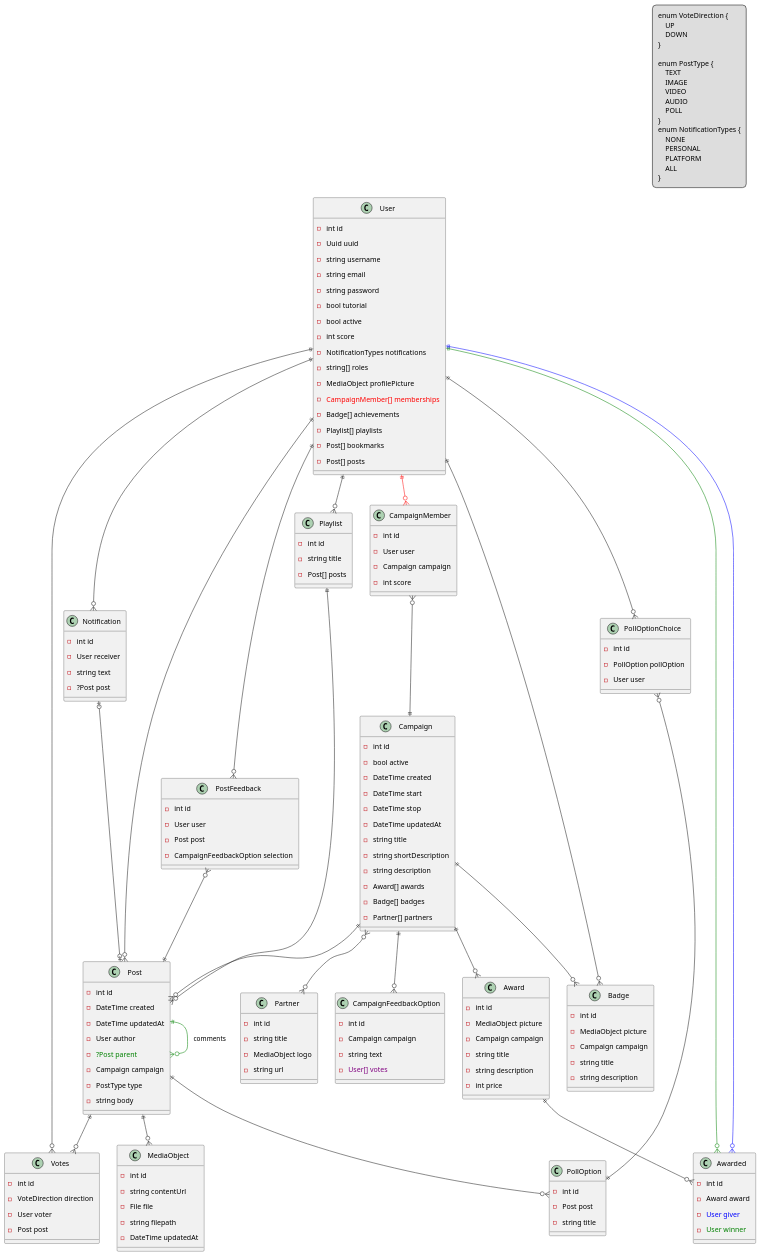
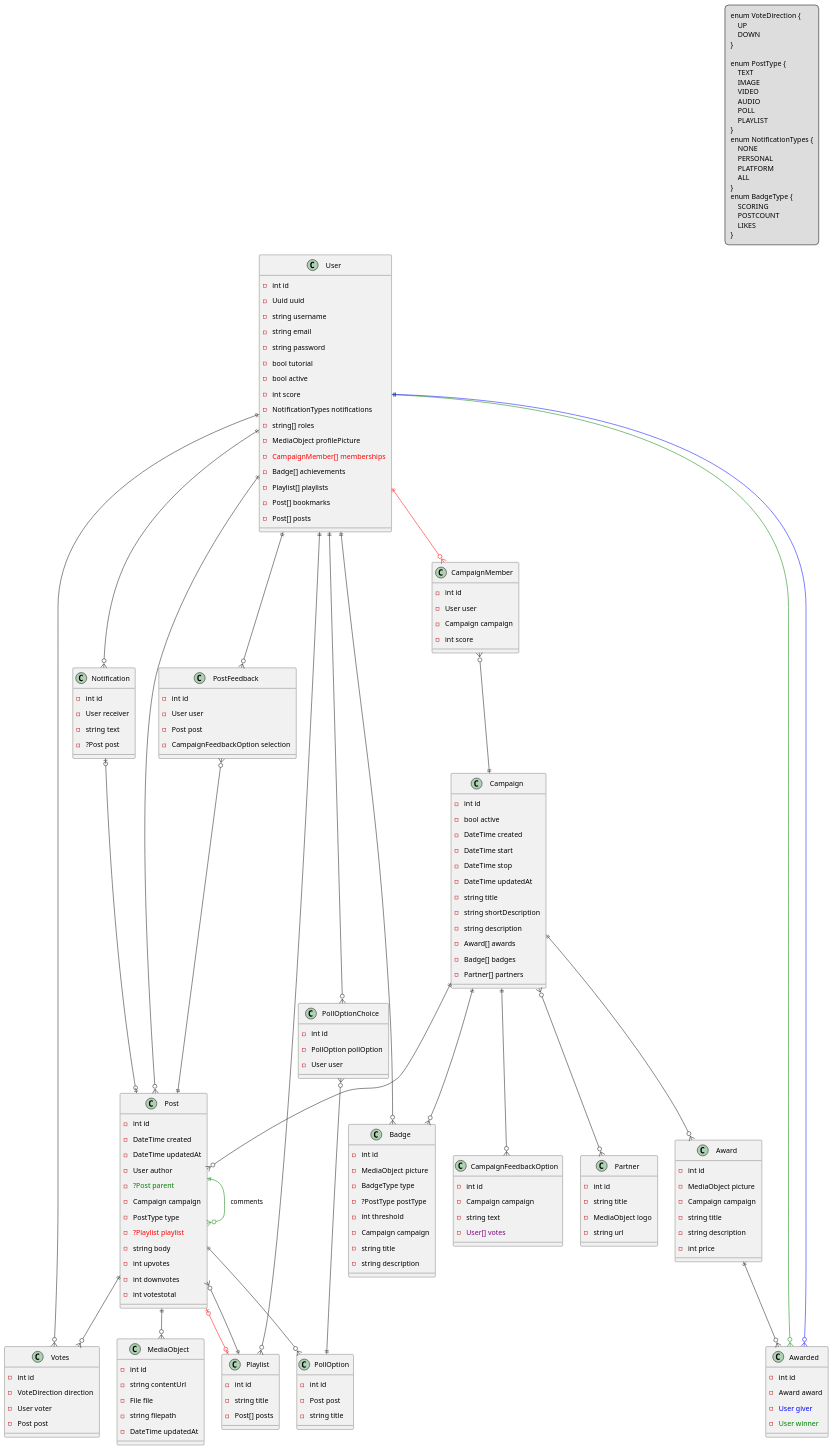
One commit to museum4punkt0/creative-museum changed the diagram in resources/diagrams/ER-Model.puml. Above: the diagram before and after it, drawn with PlantUML.

Commit message:
[TASK] Update ER Diagram

```diff
--- a/resources/diagrams/ER-Model.puml
+++ b/resources/diagrams/ER-Model.puml
@@ -17,7 +17,11 @@
     - <color:#green>?Post parent
     - Campaign campaign 
     - PostType type
+    - <color:#red>?Playlist playlist
     - string body
+    - int upvotes
+    - int downvotes
+    - int votestotal
 }
 
 class Notification {
@@ -92,6 +96,9 @@
 class Badge {
     - int id
     - MediaObject picture
+    - BadgeType type
+    - ?PostType postType
+    - int threshold
     - Campaign campaign
     - string title
     - string description
@@ -151,12 +158,18 @@
     VIDEO
     AUDIO
     POLL
+    PLAYLIST
 }
 enum NotificationTypes {
     NONE
     PERSONAL
     PLATFORM
     ALL
+}
+enum BadgeType {
+    SCORING
+    POSTCOUNT
+    LIKES
 }
 endlegend
 
@@ -175,6 +188,7 @@
 
 Post ||-[#green]-o{ Post : comments
 Post ||--o{ Votes
+Post |o-[#red]-o| Playlist
 
 CampaignMember }o--|| Campaign
 
```
